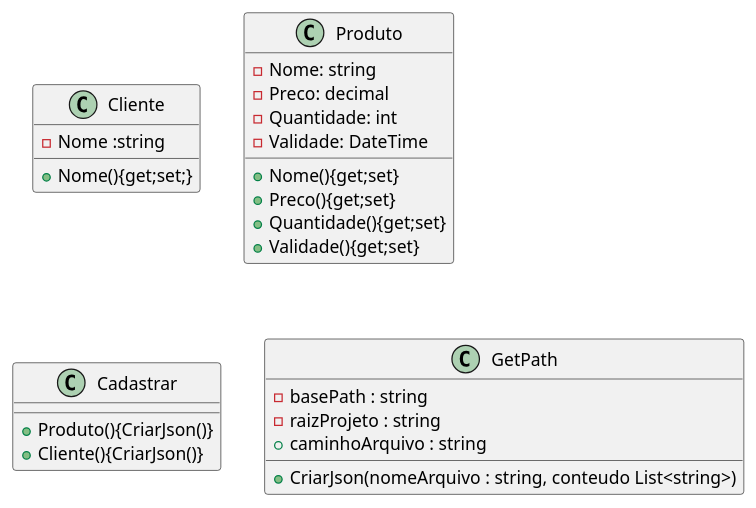
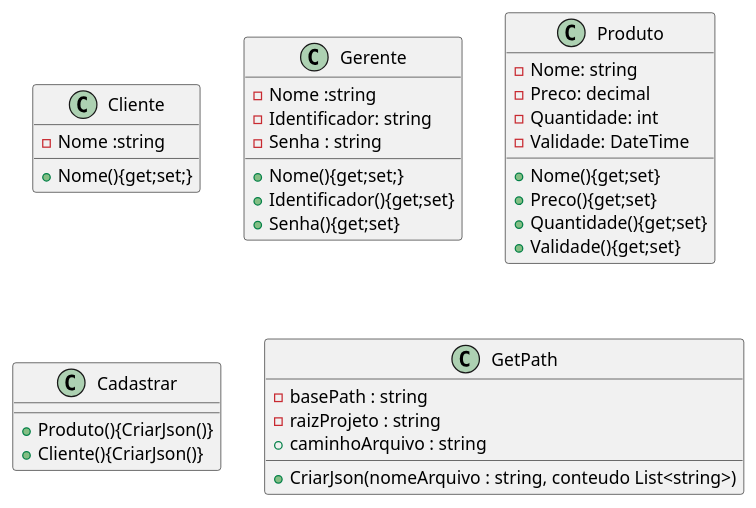
Before and after one commit to Bruthalles/thacsharp1: the diagram in SuperMercado/documents/models/classes.puml, drawn with PlantUML.

Commit message:
classe gerente

```diff
--- a/SuperMercado/documents/models/classes.puml
+++ b/SuperMercado/documents/models/classes.puml
@@ -1,29 +1,38 @@
 @startuml Classes 
 class Cliente{
     - Nome :string 
     + Nome(){get;set;}
+}
+class Gerente{
+    - Nome :string
+    - Identificador: string
+    - Senha : string
+
+    + Nome(){get;set;}
+    + Identificador(){get;set}
+    + Senha(){get;set}
 }
 class Produto{
     - Nome: string
     - Preco: decimal
     - Quantidade: int
     - Validade: DateTime
 
     + Nome(){get;set}
     + Preco(){get;set}
     + Quantidade(){get;set}
     + Validade(){get;set}
 }
 class Cadastrar{
     + Produto(){CriarJson()}
     + Cliente(){CriarJson()}
 
 }
 
 class GetPath{
     - basePath : string
     - raizProjeto : string
     + caminhoArquivo : string
    + CriarJson(nomeArquivo : string, conteudo List<string>)
 }
 @enduml
```
